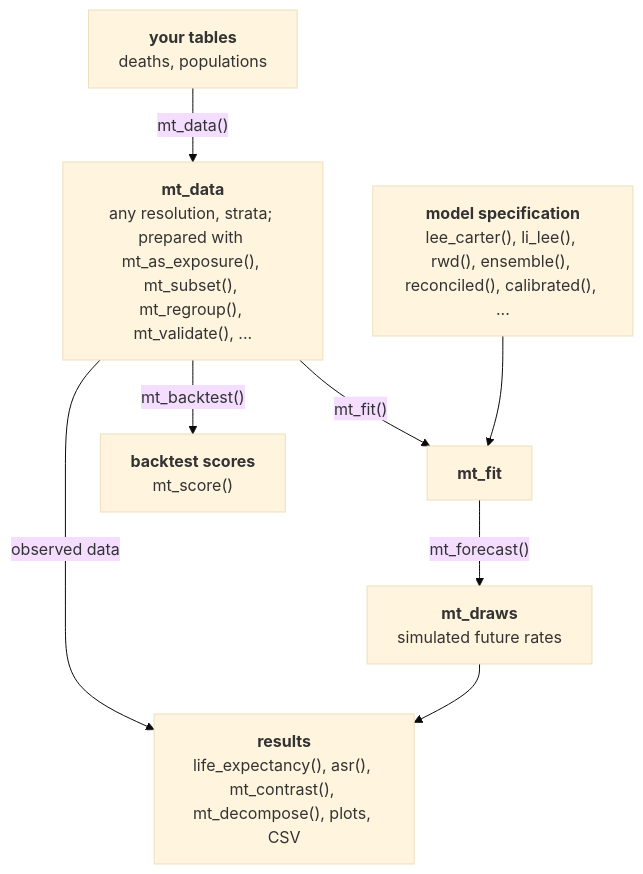
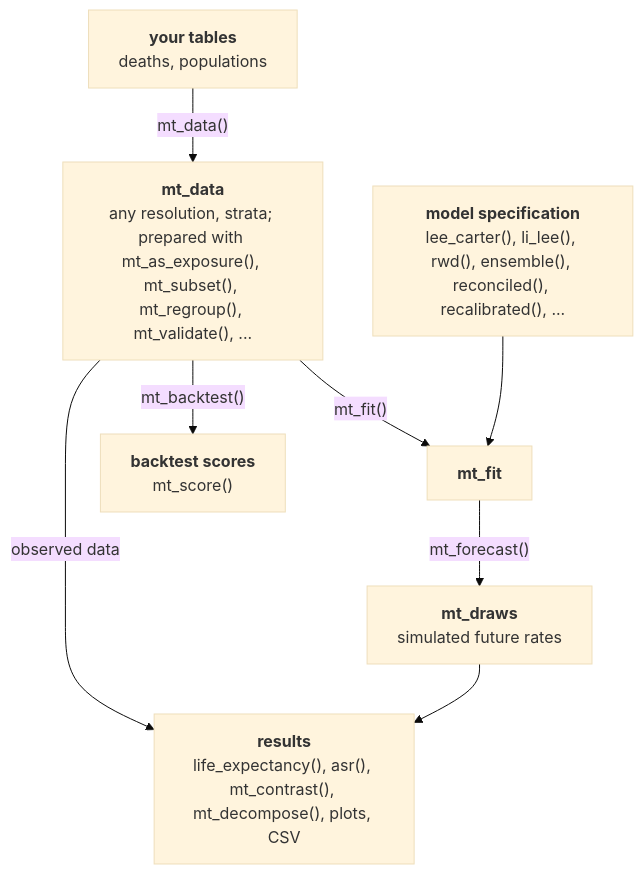
One commit to kalleEF/mortensor changed the diagram in README.md. Above: the diagram before and after it, drawn with Mermaid (base theme). The commit also changed other lines of this file and 38 other files, not shown here.

First line of the commit message:
Add stanmomo(); rename calibrated() to recalibrated()

````diff
--- a/README.md
+++ b/README.md
@@ -66,23 +66,23 @@
 ```mermaid
 flowchart TD
   T["`**your tables**
   deaths, populations`"]
   D["`**mt_data**
   any resolution, strata; prepared with mt_as_exposure(), mt_subset(), mt_regroup(), mt_validate(), ...`"]
   S["`**model specification**
-  lee_carter(), li_lee(), rwd(), ensemble(), reconciled(), calibrated(), ...`"]
+  lee_carter(), li_lee(), rwd(), ensemble(), reconciled(), recalibrated(), ...`"]
   F["`**mt_fit**`"]
   P["`**mt_draws**
   simulated future rates`"]
   B["`**backtest scores**
   mt_score()`"]
   R["`**results**
   life_expectancy(), asr(), mt_contrast(), mt_decompose(), plots, CSV`"]
   T -- "mt_data()" --> D
   D -- "mt_fit()" --> F
   S --> F
   F -- "mt_forecast()" --> P
   D -- "mt_backtest()" --> B
   P --> R
   D -- "observed data" --> R
 ```
````
